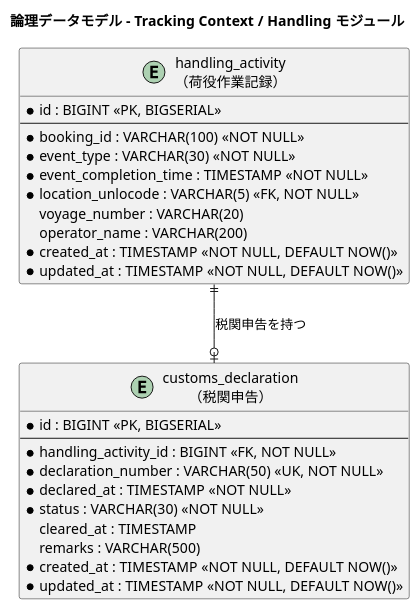
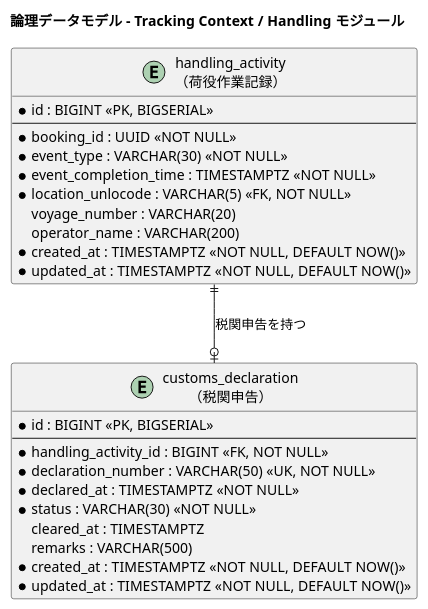
One commit to k2works/case-study-cargo-tracker changed the sixth of 9 diagrams in docs/design/data-model.md. Above: the diagram before and after it, drawn with PlantUML. The commit also changed other lines of this file and 6 other files, not shown here.

````diff
--- a/docs/design/data-model.md
+++ b/docs/design/data-model.md
@@ -462,34 +464,34 @@
 ```plantuml
 @startuml
 title 論理データモデル - Tracking Context / Handling モジュール
 
 entity "handling_activity\n（荷役作業記録）" as handling_activity {
   * id : BIGINT <<PK, BIGSERIAL>>
   --
-  * booking_id : VARCHAR(100) <<NOT NULL>>
+  * booking_id : UUID <<NOT NULL>>
   * event_type : VARCHAR(30) <<NOT NULL>>
-  * event_completion_time : TIMESTAMP <<NOT NULL>>
+  * event_completion_time : TIMESTAMPTZ <<NOT NULL>>
   * location_unlocode : VARCHAR(5) <<FK, NOT NULL>>
   voyage_number : VARCHAR(20)
   operator_name : VARCHAR(200)
-  * created_at : TIMESTAMP <<NOT NULL, DEFAULT NOW()>>
-  * updated_at : TIMESTAMP <<NOT NULL, DEFAULT NOW()>>
+  * created_at : TIMESTAMPTZ <<NOT NULL, DEFAULT NOW()>>
+  * updated_at : TIMESTAMPTZ <<NOT NULL, DEFAULT NOW()>>
 }
 
 entity "customs_declaration\n（税関申告）" as customs_declaration {
   * id : BIGINT <<PK, BIGSERIAL>>
   --
   * handling_activity_id : BIGINT <<FK, NOT NULL>>
   * declaration_number : VARCHAR(50) <<UK, NOT NULL>>
-  * declared_at : TIMESTAMP <<NOT NULL>>
+  * declared_at : TIMESTAMPTZ <<NOT NULL>>
   * status : VARCHAR(30) <<NOT NULL>>
-  cleared_at : TIMESTAMP
+  cleared_at : TIMESTAMPTZ
   remarks : VARCHAR(500)
-  * created_at : TIMESTAMP <<NOT NULL, DEFAULT NOW()>>
-  * updated_at : TIMESTAMP <<NOT NULL, DEFAULT NOW()>>
+  * created_at : TIMESTAMPTZ <<NOT NULL, DEFAULT NOW()>>
+  * updated_at : TIMESTAMPTZ <<NOT NULL, DEFAULT NOW()>>
 }
 
 handling_activity ||--o| customs_declaration : "税関申告を持つ"
 
 @enduml
 ```
````
